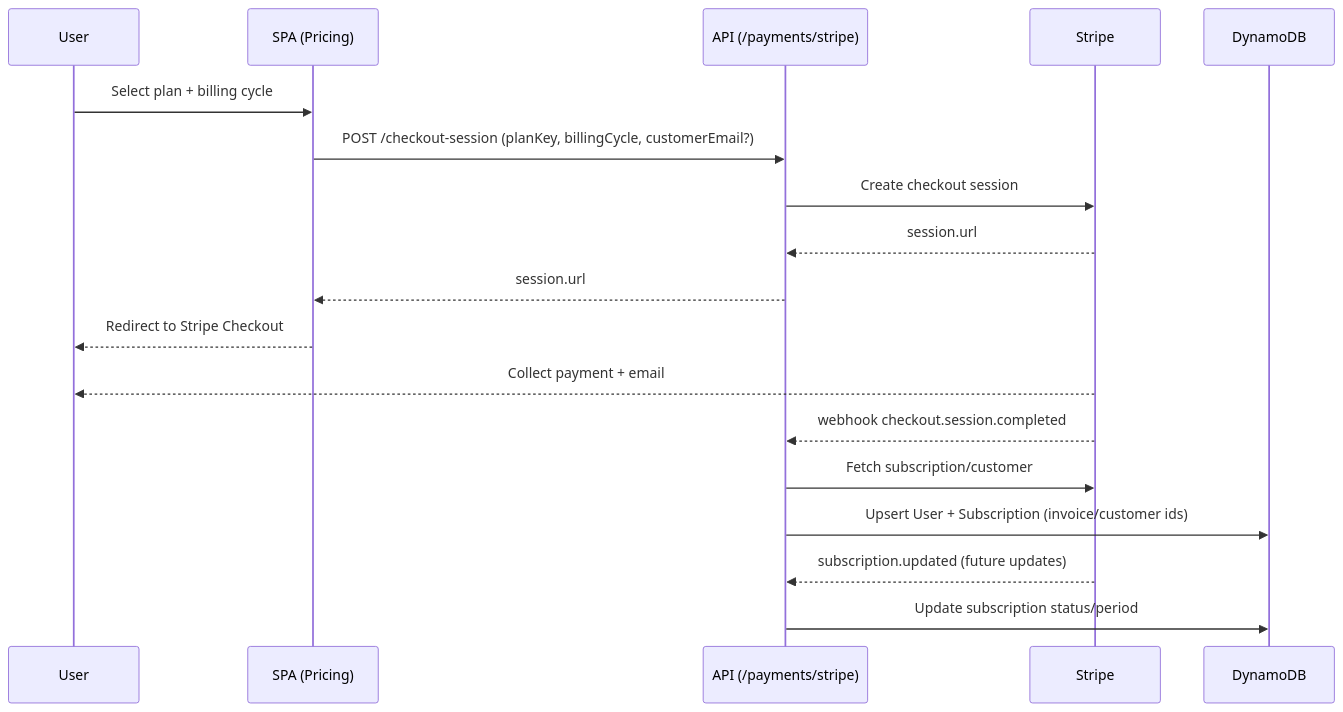
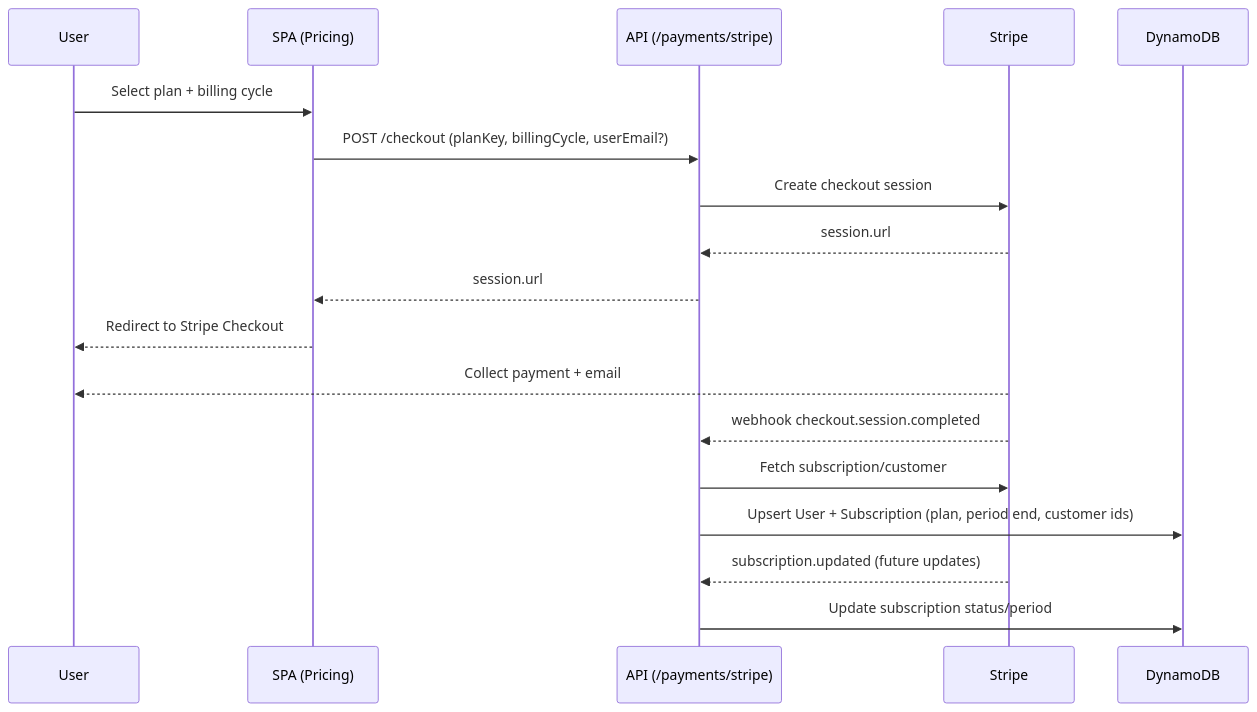
One commit to vslala/innomightlabs-dynamic-agent-builder changed the second of 3 diagrams in api/README.md. Above: the diagram before and after it, drawn with Mermaid. The commit also changed other lines of this file and 33 other files, not shown here.

````diff
--- a/api/README.md
+++ b/api/README.md
@@ -200,21 +203,21 @@
 ```mermaid
 sequenceDiagram
     participant User
     participant SPA as SPA (Pricing)
     participant API as API (/payments/stripe)
     participant Stripe
     participant DB as DynamoDB
 
     User->>SPA: Select plan + billing cycle
-    SPA->>API: POST /checkout-session (planKey, billingCycle, customerEmail?)
+    SPA->>API: POST /checkout (planKey, billingCycle, userEmail?)
     API->>Stripe: Create checkout session
     Stripe-->>API: session.url
     API-->>SPA: session.url
     SPA-->>User: Redirect to Stripe Checkout
     Stripe-->>User: Collect payment + email
     Stripe-->>API: webhook checkout.session.completed
     API->>Stripe: Fetch subscription/customer
-    API->>DB: Upsert User + Subscription (invoice/customer ids)
+    API->>DB: Upsert User + Subscription (plan, period end, customer ids)
     Stripe-->>API: subscription.updated (future updates)
     API->>DB: Update subscription status/period
 ```
````
